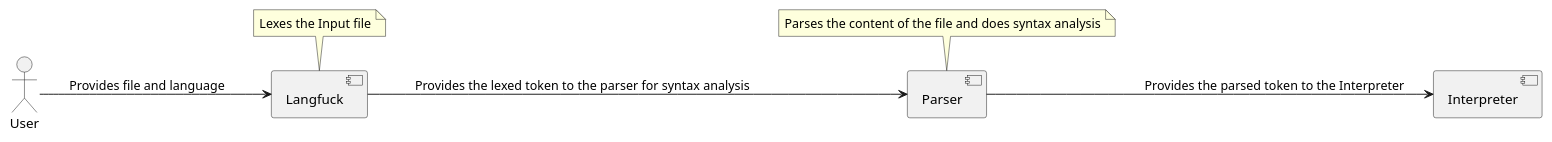
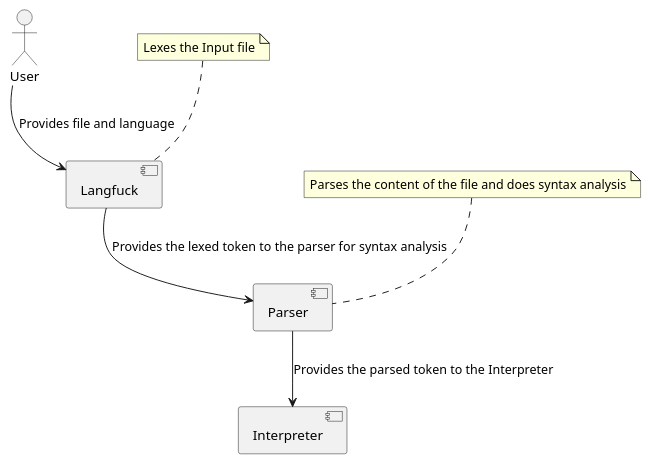
The diagram in langfuck/doc/src/03_system_scope_and_context.adoc (C0RR1T/brainfuck), drawn with PlantUML before and after one commit. The commit also changed other lines of this file and 5 other files, not shown here.

```diff
--- a/langfuck/doc/src/03_system_scope_and_context.adoc
+++ b/langfuck/doc/src/03_system_scope_and_context.adoc
@@ -6,22 +6,21 @@
 [plantuml]
 ----
 @startuml
-left to right direction
 actor User
 component Langfuck
 component Parser
 component Interpreter
 
 note top of Langfuck
 Lexes the Input file
 end note
 
 note top of Parser
 Parses the content of the file and does syntax analysis
 end note
 
 User --> Langfuck : Provides file and language
 Langfuck --> Parser: Provides the lexed token to the parser for syntax analysis
 Parser --> Interpreter: Provides the parsed token to the Interpreter
 @enduml
 ----
```
